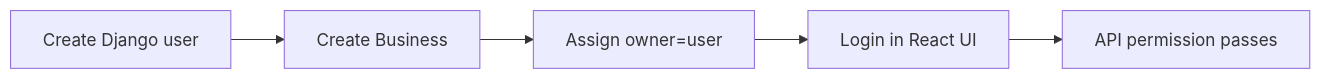
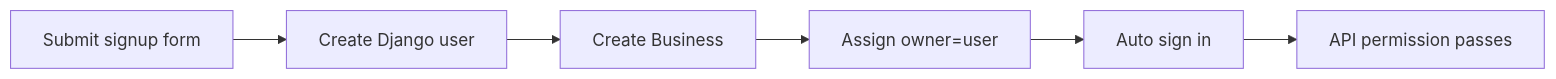
The first of 3 diagrams in docs/processes.md (kallagoutham/Confirmly), drawn with Mermaid before and after one commit. The commit also changed other lines of this file and 14 other files, not shown here.

Commit message:
Add sign up and Add business capability

````diff
--- a/docs/processes.md
+++ b/docs/processes.md
@@ -48,7 +57,8 @@
 ```mermaid
 flowchart LR
-    A[Create Django user] --> B[Create Business]
-    B --> C[Assign owner=user]
-    C --> D[Login in React UI]
-    D --> E[API permission passes]
+    A[Submit signup form] --> B[Create Django user]
+    B --> C[Create Business]
+    C --> D[Assign owner=user]
+    D --> E[Auto sign in]
+    E --> F[API permission passes]
 ```
````
